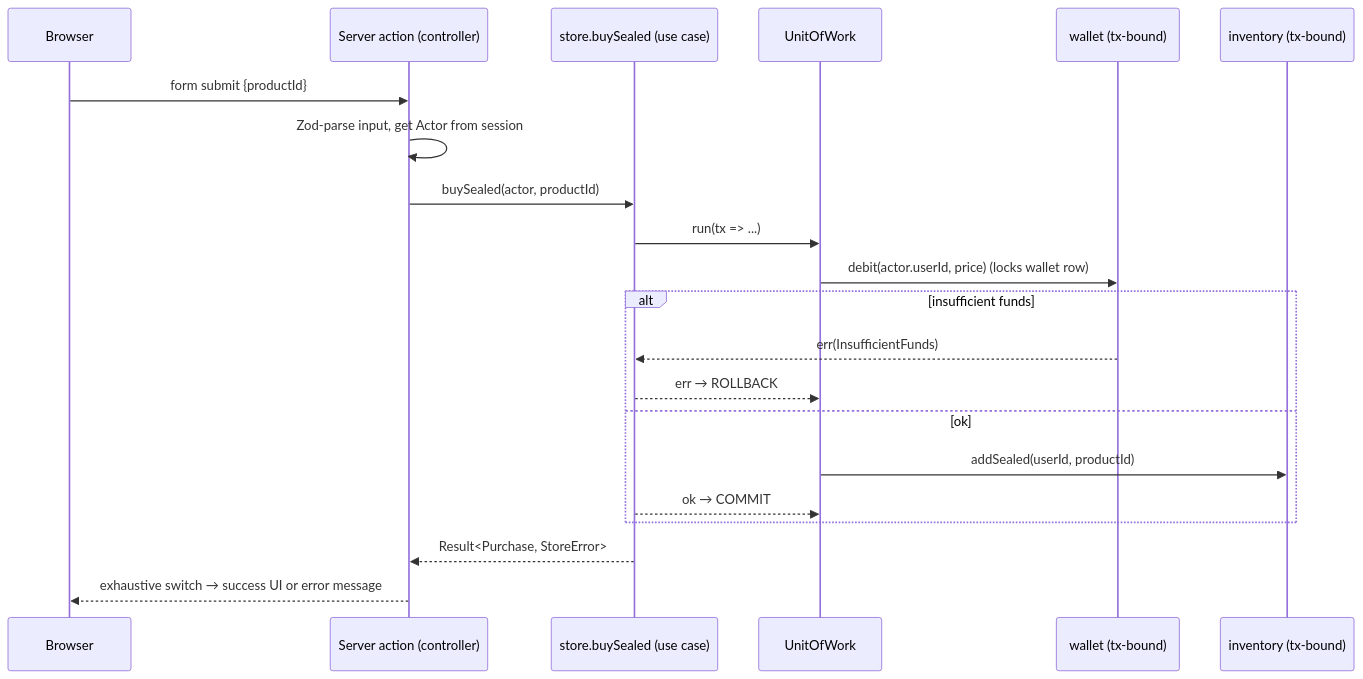
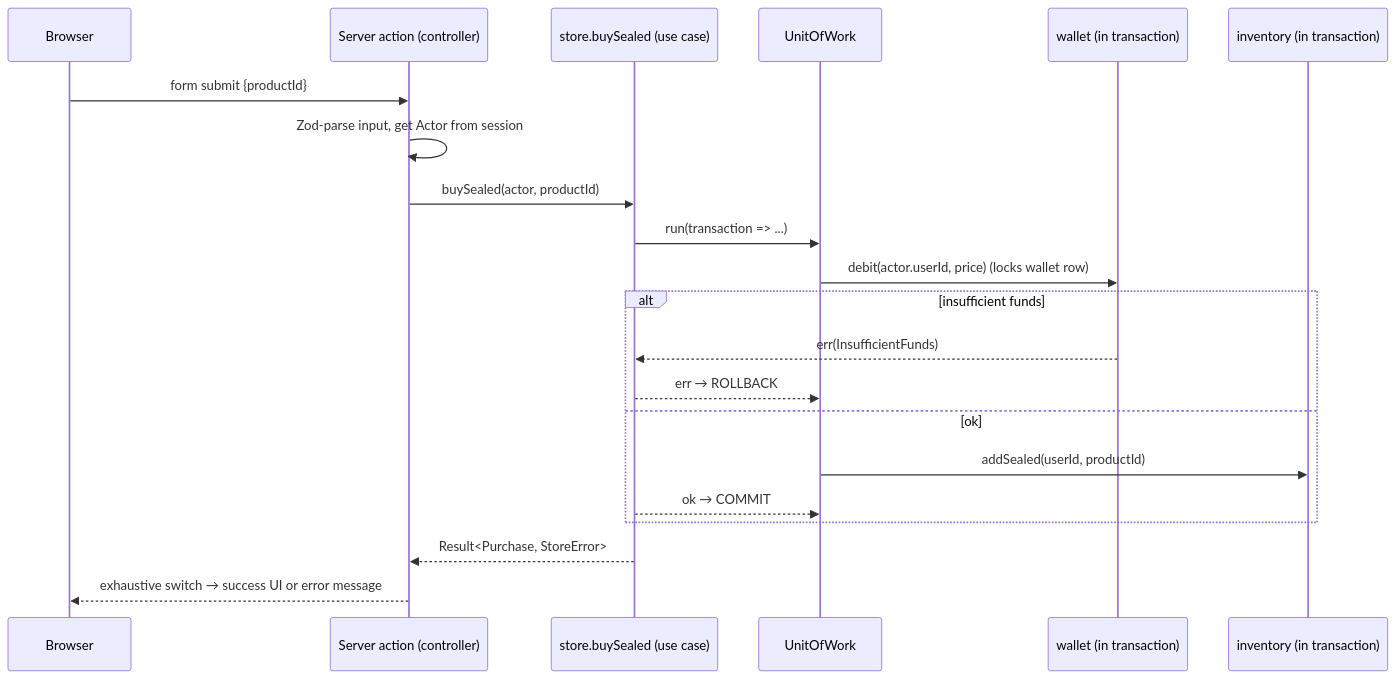
Before and after one commit to jstehn/proxy-library: the fourth of 4 diagrams in docs/architecture/overview.md, drawn with Mermaid. The commit also changed 14 other files, not shown here.

````diff
--- a/docs/architecture/overview.md
+++ b/docs/architecture/overview.md
@@ -128,23 +128,23 @@
 ```mermaid
 sequenceDiagram
   participant B as Browser
   participant A as Server action (controller)
   participant S as store.buySealed (use case)
   participant U as UnitOfWork
-  participant W as wallet (tx-bound)
-  participant I as inventory (tx-bound)
+  participant W as wallet (in transaction)
+  participant I as inventory (in transaction)
   B->>A: form submit {productId}
   A->>A: Zod-parse input, get Actor from session
   A->>S: buySealed(actor, productId)
-  S->>U: run(tx => ...)
+  S->>U: run(transaction => ...)
   U->>W: debit(actor.userId, price)  (locks wallet row)
   alt insufficient funds
     W-->>S: err(InsufficientFunds)
     S-->>U: err → ROLLBACK
   else ok
     U->>I: addSealed(userId, productId)
     S-->>U: ok → COMMIT
   end
   S-->>A: Result<Purchase, StoreError>
   A-->>B: exhaustive switch → success UI or error message
 ```
````
